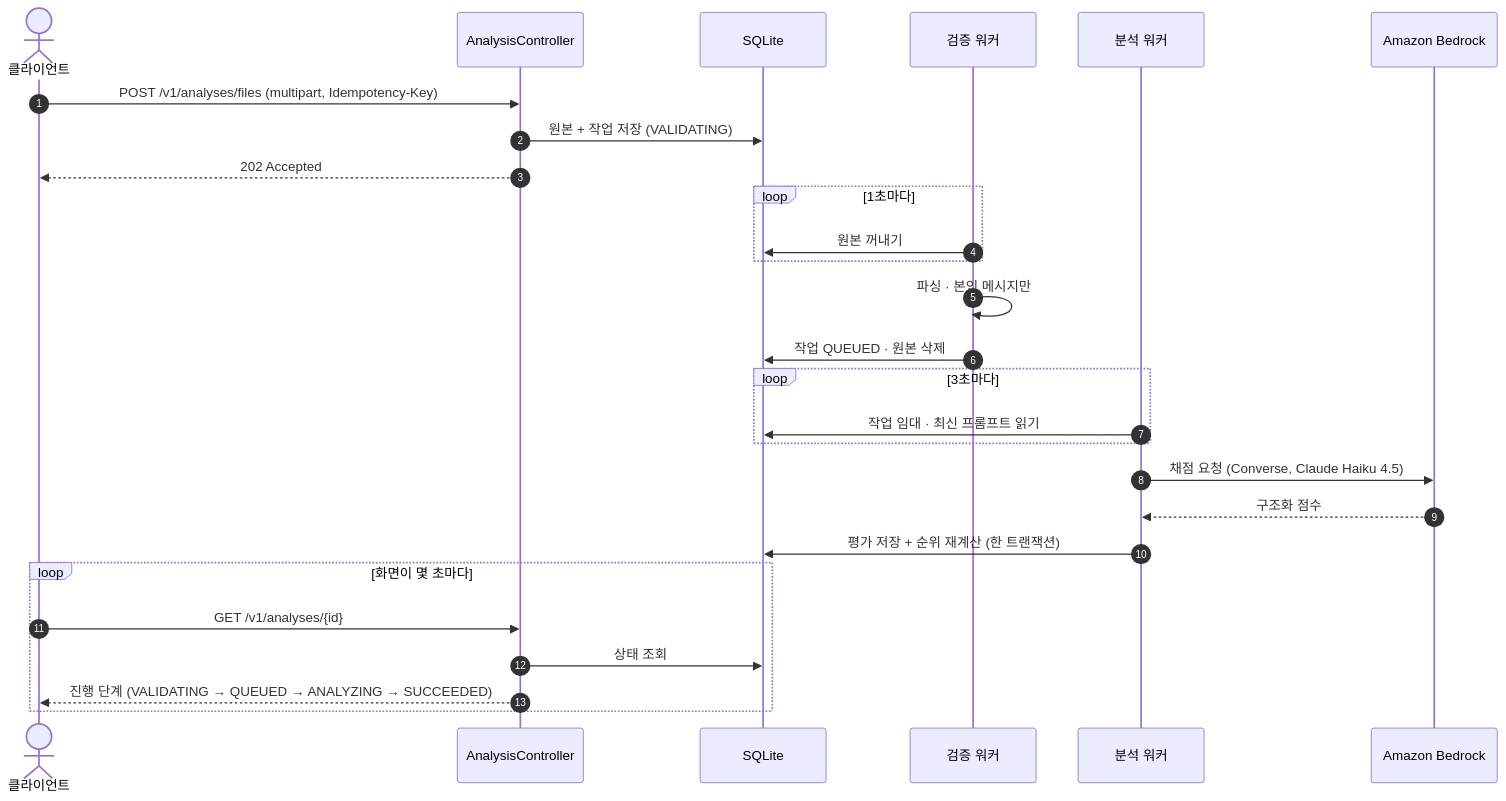
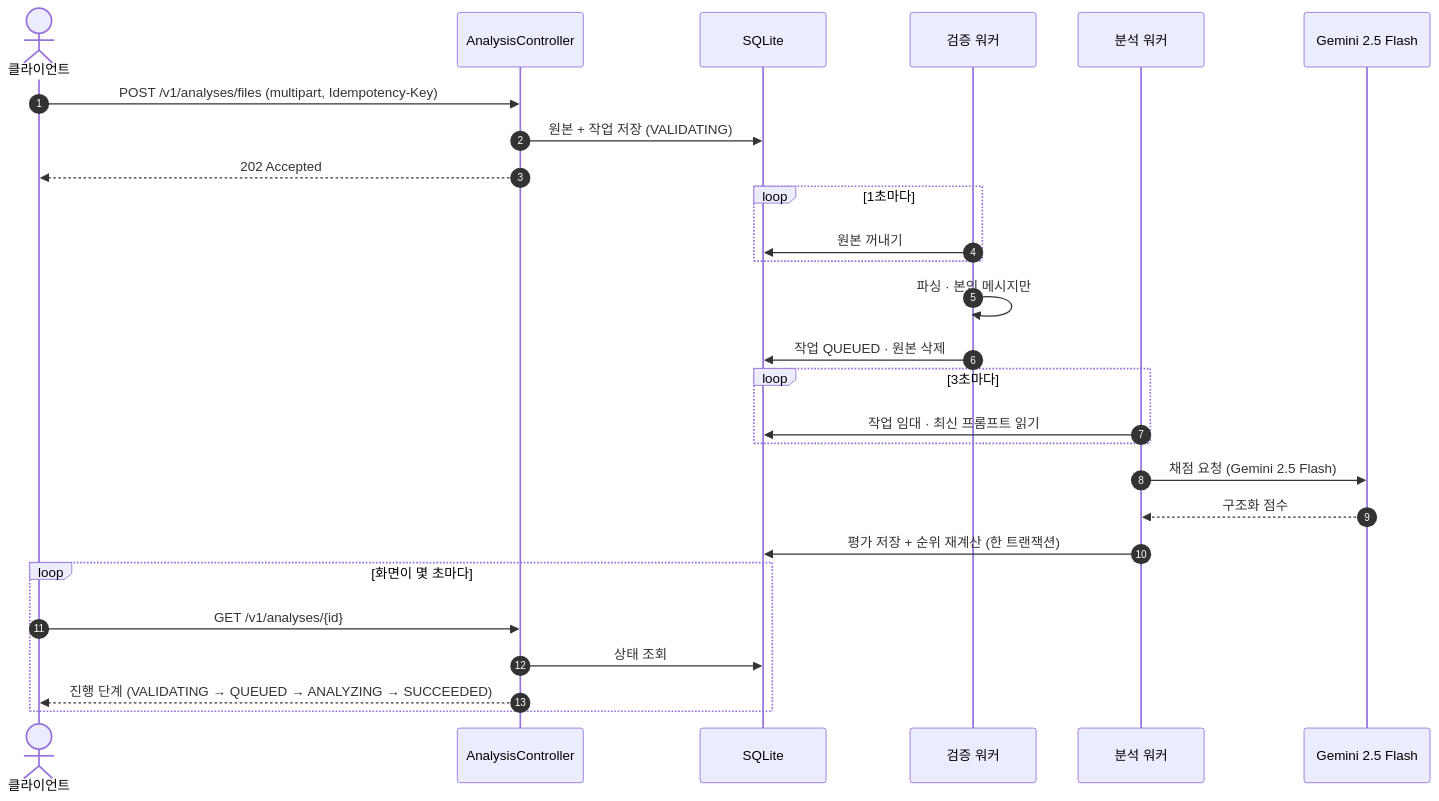
One commit to yooni9ue/santacut changed the diagram in backend/README.md. Above: the diagram before and after it, drawn with Mermaid. The commit also changed other lines of this file and 7 other files, not shown here.

````diff
--- a/backend/README.md
+++ b/backend/README.md
@@ -92,29 +92,29 @@
 ```mermaid
 sequenceDiagram
     autonumber
     actor C as 클라이언트
     participant API as AnalysisController
     participant DB as SQLite
     participant V as 검증 워커
     participant W as 분석 워커
-    participant AI as Amazon Bedrock
+    participant AI as Gemini 2.5 Flash
     C->>API: POST /v1/analyses/files (multipart, Idempotency-Key)
     API->>DB: 원본 + 작업 저장 (VALIDATING)
     API-->>C: 202 Accepted
     loop 1초마다
         V->>DB: 원본 꺼내기
     end
     V->>V: 파싱 · 본인 메시지만
     V->>DB: 작업 QUEUED · 원본 삭제
     loop 3초마다
         W->>DB: 작업 임대 · 최신 프롬프트 읽기
     end
-    W->>AI: 채점 요청 (Converse, Claude Haiku 4.5)
+    W->>AI: 채점 요청 (Gemini 2.5 Flash)
     AI-->>W: 구조화 점수
     W->>DB: 평가 저장 + 순위 재계산 (한 트랜잭션)
     loop 화면이 몇 초마다
         C->>API: GET /v1/analyses/{id}
         API->>DB: 상태 조회
         API-->>C: 진행 단계 (VALIDATING → QUEUED → ANALYZING → SUCCEEDED)
     end
 ```
````
